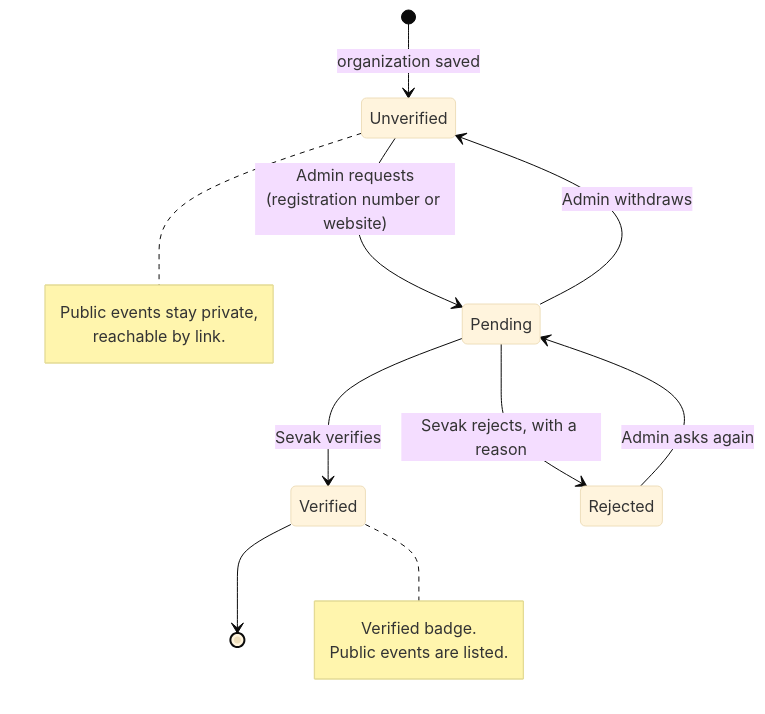
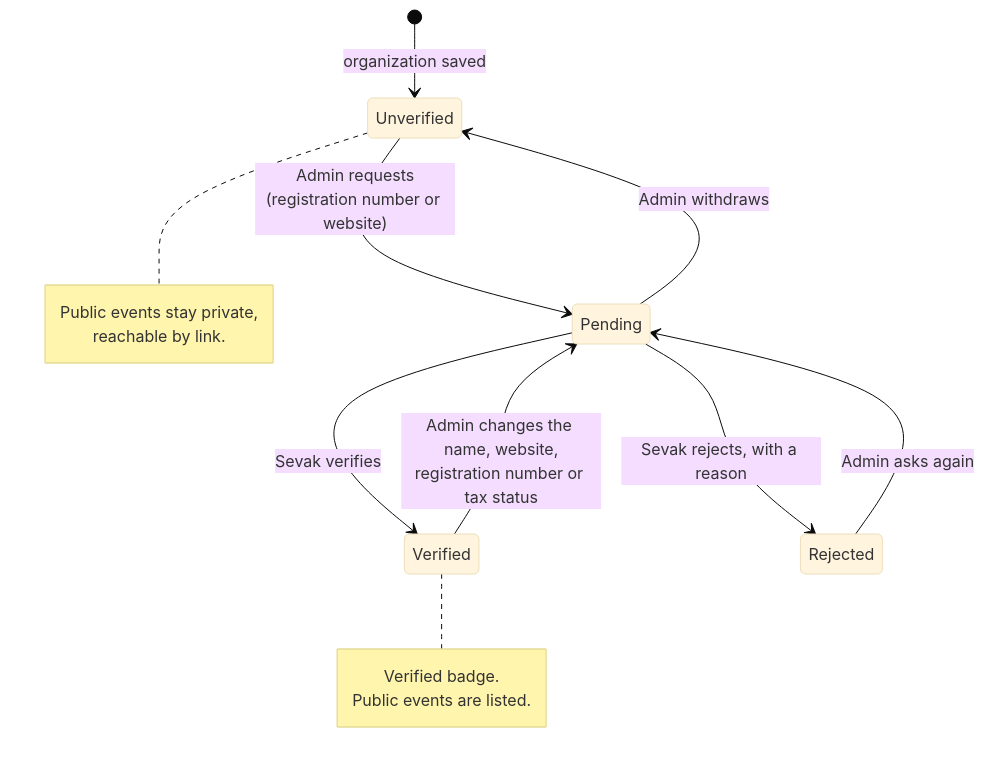
The fifth of 10 diagrams in docs/DIAGRAMS.md (anb-solutions/sevak), drawn with Mermaid (base theme) before and after one commit. The commit also changed other lines of this file and 8 other files, not shown here.

````diff
--- a/docs/DIAGRAMS.md
+++ b/docs/DIAGRAMS.md
@@ -310,12 +293,12 @@
 ```mermaid
 stateDiagram-v2
     [*] --> Unverified : organization saved
     Unverified --> Pending : Admin requests<br/>(registration number or website)
     Pending --> Unverified : Admin withdraws
     Pending --> Verified : Sevak verifies
     Pending --> Rejected : Sevak rejects, with a reason
     Rejected --> Pending : Admin asks again
-    Verified --> [*]
+    Verified --> Pending : Admin changes the name, website,<br/>registration number or tax status
     note right of Verified : Verified badge.<br/>Public events are listed.
     note right of Unverified : Public events stay private,<br/>reachable by link.
 ```
````
